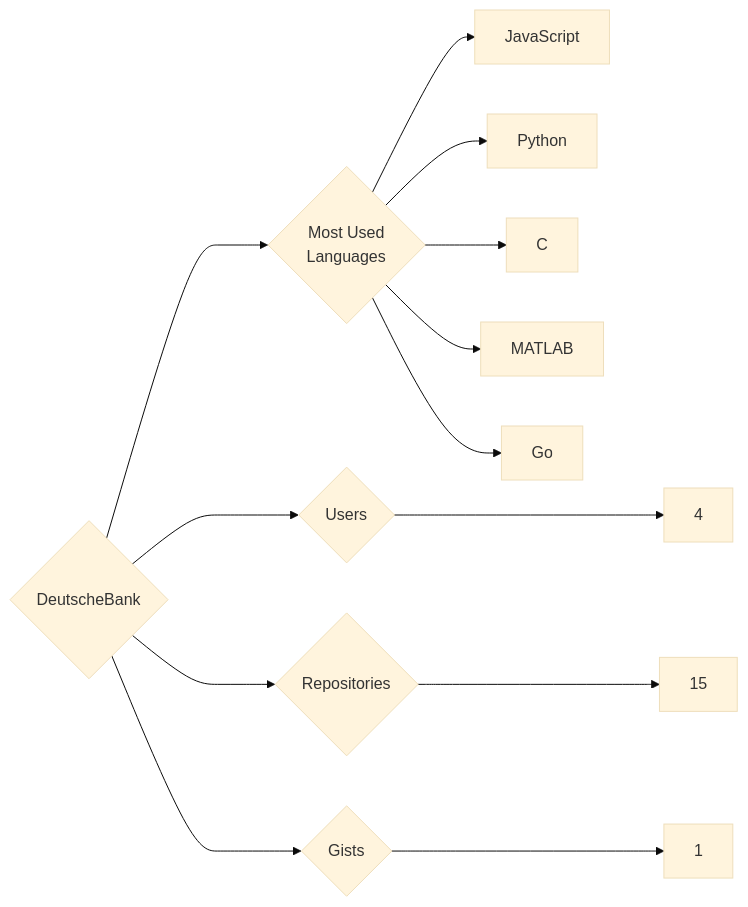
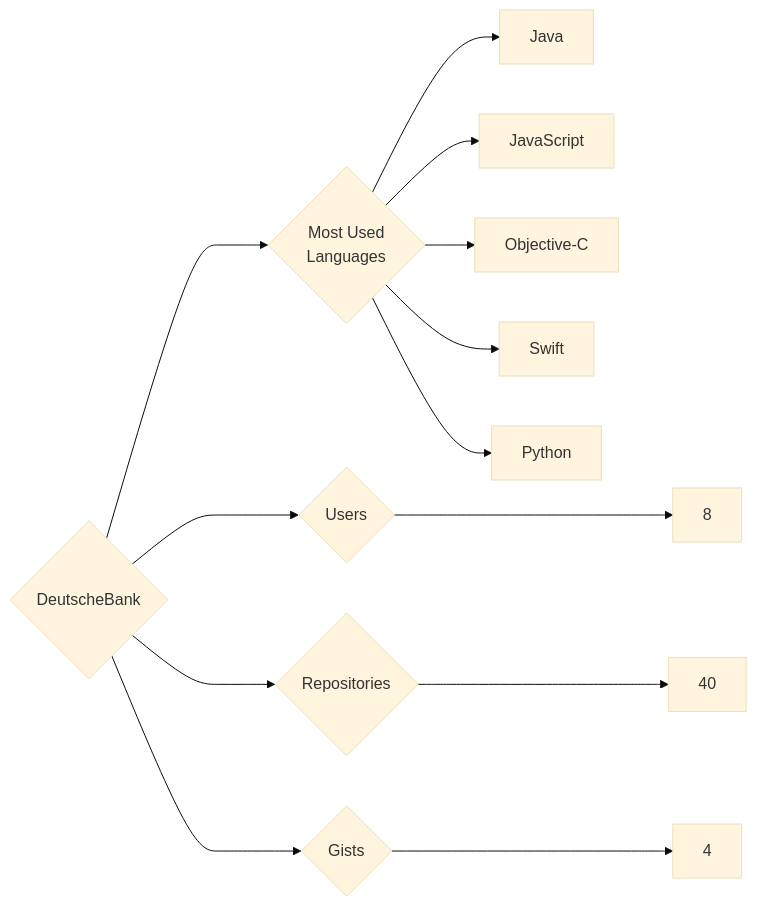
Before and after one commit to trickest/insiders: the diagram in targets/DeutscheBank/README.md, drawn with Mermaid (base theme). The commit also changed 724 other files, not shown here.

````diff
--- a/targets/DeutscheBank/README.md
+++ b/targets/DeutscheBank/README.md
@@ -3,13 +3,13 @@
 ```mermaid
 graph LR
 COMPANY_NAME{DeutscheBank}
-COMPANY_NAME ---> U{Users} ---> UN[4]
-COMPANY_NAME ---> R{Repositories} ---> RN[15]
-COMPANY_NAME ---> G{Gists} ---> GN[1]
+COMPANY_NAME ---> U{Users} ---> UN[8]
+COMPANY_NAME ---> R{Repositories} ---> RN[40]
+COMPANY_NAME ---> G{Gists} ---> GN[4]
 COMPANY_NAME ---> ML{Most Used<br>Languages}
+ML --> Java[Java]
 ML --> JavaScript[JavaScript]
+ML --> Objective-C[Objective-C]
+ML --> Swift[Swift]
 ML --> Python[Python]
-ML --> C[C]
-ML --> MATLAB[MATLAB]
-ML --> Go[Go]
 ```
````
